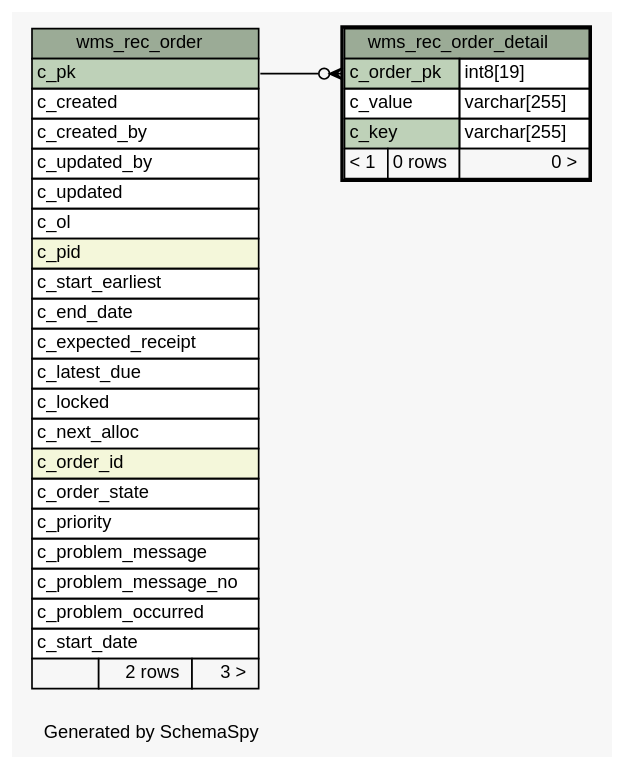
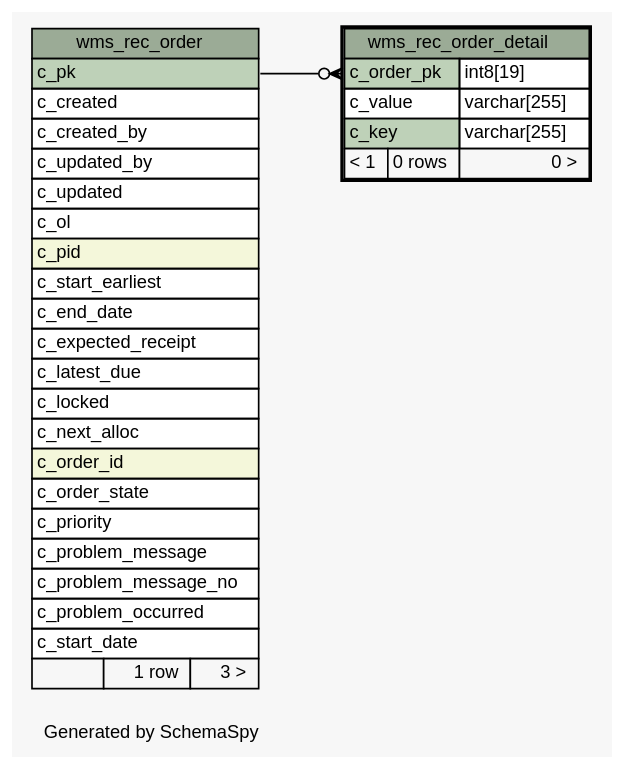
The diagram in 1.0.0-SNAPSHOT/schemaspy/diagrams/wms_rec_order_detail.1degree.dot (openwms/org.openwms.wms.receiving.lib), drawn with Graphviz before and after one commit. The commit also changed 459 other files, not shown here.

```diff
--- a/1.0.0-SNAPSHOT/schemaspy/diagrams/wms_rec_order_detail.1degree.dot
+++ b/1.0.0-SNAPSHOT/schemaspy/diagrams/wms_rec_order_detail.1degree.dot
@@ -1,64 +1,64 @@
-// dot 2.43.0 on Linux 5.15.0-1033-azure
+// dot 2.43.0 on Linux 5.15.0-1034-azure
 // SchemaSpy rev Unknown
 digraph "oneDegreeRelationshipsDiagram" {
   graph [
     rankdir="RL"
     bgcolor="#f7f7f7"
     label="\nGenerated by SchemaSpy"
     labeljust="l"
     nodesep="0.18"
     ranksep="0.46"
     fontname="Helvetica"
     fontsize="11"
   ];
   node [
     fontname="Helvetica"
     fontsize="11"
     shape="plaintext"
   ];
   edge [
     arrowsize="0.8"
   ];
   "wms_rec_order_detail":"c_order_pk":w -> "wms_rec_order":"c_pk":e [arrowhead=none dir=back arrowtail=crowodot];
   "wms_rec_order" [
     label=<
     <TABLE BORDER="0" CELLBORDER="1" CELLSPACING="0" BGCOLOR="#ffffff">
       <TR><TD COLSPAN="3" BGCOLOR="#9bab96" ALIGN="CENTER">wms_rec_order</TD></TR>
       <TR><TD PORT="c_pk" COLSPAN="3" BGCOLOR="#bed1b8" ALIGN="LEFT">c_pk</TD></TR>
       <TR><TD PORT="c_created" COLSPAN="3" ALIGN="LEFT">c_created</TD></TR>
       <TR><TD PORT="c_created_by" COLSPAN="3" ALIGN="LEFT">c_created_by</TD></TR>
       <TR><TD PORT="c_updated_by" COLSPAN="3" ALIGN="LEFT">c_updated_by</TD></TR>
       <TR><TD PORT="c_updated" COLSPAN="3" ALIGN="LEFT">c_updated</TD></TR>
       <TR><TD PORT="c_ol" COLSPAN="3" ALIGN="LEFT">c_ol</TD></TR>
       <TR><TD PORT="c_pid" COLSPAN="3" BGCOLOR="#f4f7da" ALIGN="LEFT">c_pid</TD></TR>
       <TR><TD PORT="c_start_earliest" COLSPAN="3" ALIGN="LEFT">c_start_earliest</TD></TR>
       <TR><TD PORT="c_end_date" COLSPAN="3" ALIGN="LEFT">c_end_date</TD></TR>
       <TR><TD PORT="c_expected_receipt" COLSPAN="3" ALIGN="LEFT">c_expected_receipt</TD></TR>
       <TR><TD PORT="c_latest_due" COLSPAN="3" ALIGN="LEFT">c_latest_due</TD></TR>
       <TR><TD PORT="c_locked" COLSPAN="3" ALIGN="LEFT">c_locked</TD></TR>
       <TR><TD PORT="c_next_alloc" COLSPAN="3" ALIGN="LEFT">c_next_alloc</TD></TR>
       <TR><TD PORT="c_order_id" COLSPAN="3" BGCOLOR="#f4f7da" ALIGN="LEFT">c_order_id</TD></TR>
       <TR><TD PORT="c_order_state" COLSPAN="3" ALIGN="LEFT">c_order_state</TD></TR>
       <TR><TD PORT="c_priority" COLSPAN="3" ALIGN="LEFT">c_priority</TD></TR>
       <TR><TD PORT="c_problem_message" COLSPAN="3" ALIGN="LEFT">c_problem_message</TD></TR>
       <TR><TD PORT="c_problem_message_no" COLSPAN="3" ALIGN="LEFT">c_problem_message_no</TD></TR>
       <TR><TD PORT="c_problem_occurred" COLSPAN="3" ALIGN="LEFT">c_problem_occurred</TD></TR>
       <TR><TD PORT="c_start_date" COLSPAN="3" ALIGN="LEFT">c_start_date</TD></TR>
-      <TR><TD ALIGN="LEFT" BGCOLOR="#f7f7f7">  </TD><TD ALIGN="RIGHT" BGCOLOR="#f7f7f7">2 rows</TD><TD ALIGN="RIGHT" BGCOLOR="#f7f7f7">3 &gt;</TD></TR>
+      <TR><TD ALIGN="LEFT" BGCOLOR="#f7f7f7">  </TD><TD ALIGN="RIGHT" BGCOLOR="#f7f7f7">1 row</TD><TD ALIGN="RIGHT" BGCOLOR="#f7f7f7">3 &gt;</TD></TR>
     </TABLE>>
     URL="wms_rec_order.html"
     tooltip="wms_rec_order"
   ];
   "wms_rec_order_detail" [
     label=<
     <TABLE BORDER="2" CELLBORDER="1" CELLSPACING="0" BGCOLOR="#ffffff">
       <TR><TD COLSPAN="3" BGCOLOR="#9bab96" ALIGN="CENTER">wms_rec_order_detail</TD></TR>
       <TR><TD PORT="c_order_pk" COLSPAN="2" BGCOLOR="#bed1b8" ALIGN="LEFT">c_order_pk</TD><TD PORT="c_order_pk.type" ALIGN="LEFT">int8[19]</TD></TR>
       <TR><TD PORT="c_value" COLSPAN="2" ALIGN="LEFT">c_value</TD><TD PORT="c_value.type" ALIGN="LEFT">varchar[255]</TD></TR>
       <TR><TD PORT="c_key" COLSPAN="2" BGCOLOR="#bed1b8" ALIGN="LEFT">c_key</TD><TD PORT="c_key.type" ALIGN="LEFT">varchar[255]</TD></TR>
       <TR><TD ALIGN="LEFT" BGCOLOR="#f7f7f7">&lt; 1</TD><TD ALIGN="RIGHT" BGCOLOR="#f7f7f7">0 rows</TD><TD ALIGN="RIGHT" BGCOLOR="#f7f7f7">0 &gt;</TD></TR>
     </TABLE>>
     URL="wms_rec_order_detail.html"
     tooltip="wms_rec_order_detail"
   ];
 }
```
